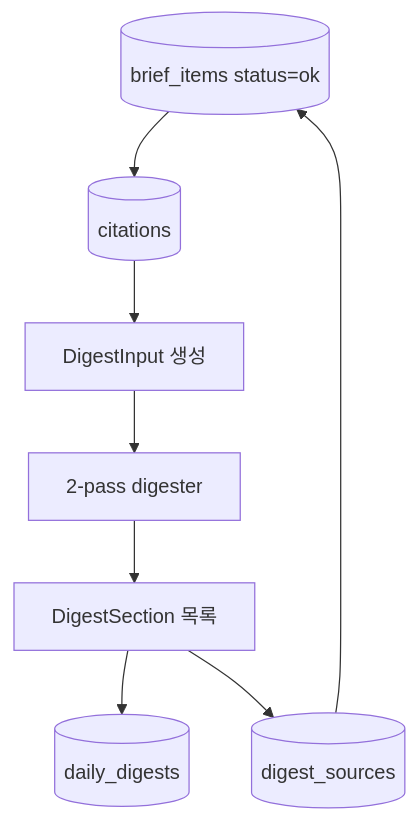
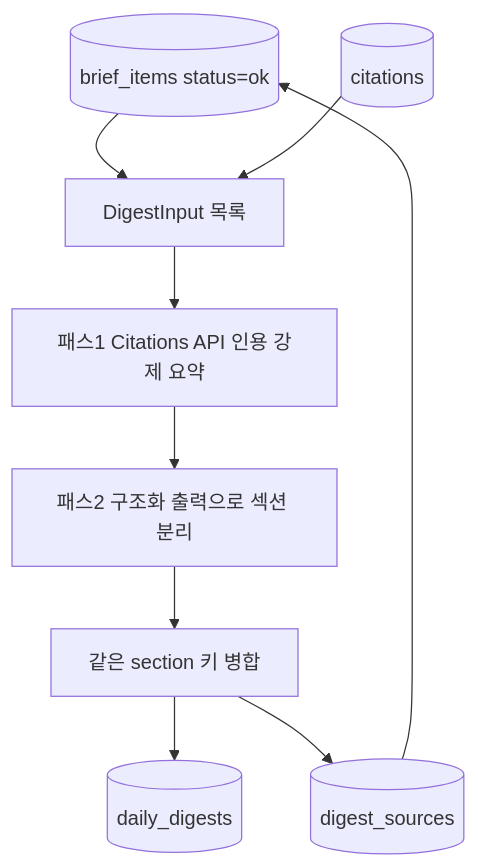
One commit to SJayKim/finance_agent changed the first of 3 diagrams in docs/learnings/05-digest-and-rag.md. Above: the diagram before and after it, drawn with Mermaid. The commit also changed other lines of this file and 10 other files, not shown here.

````diff
--- a/docs/learnings/05-digest-and-rag.md
+++ b/docs/learnings/05-digest-and-rag.md
@@ -18,10 +20,11 @@
 ```mermaid
 flowchart TD
-    Brief[(brief_items status=ok)] --> Citations[(citations)]
-    Citations --> Input[DigestInput 생성]
-    Input --> Digester[2-pass digester]
-    Digester --> Sections[DigestSection 목록]
-    Sections --> DailyDigest[(daily_digests)]
-    Sections --> DigestSource[(digest_sources)]
+    Brief[(brief_items status=ok)] --> Inputs[DigestInput 목록]
+    Citations[(citations)] --> Inputs
+    Inputs --> Pass1[패스1 Citations API 인용 강제 요약]
+    Pass1 --> Pass2[패스2 구조화 출력으로 섹션 분리]
+    Pass2 --> Merge[같은 section 키 병합]
+    Merge --> DailyDigest[(daily_digests)]
+    Merge --> DigestSource[(digest_sources)]
     DigestSource --> Brief
 ```
````
